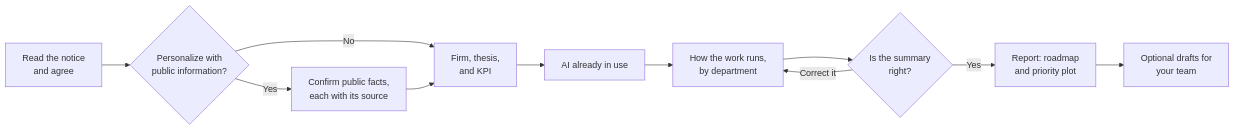
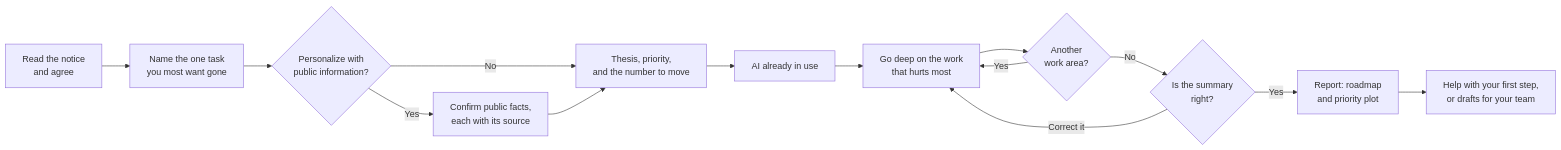
The first of 2 diagrams in README.md (nxtpartners/nxt-fund-blueprint), drawn with Mermaid before and after one commit. The commit also changed other lines of this file and 14 other files, not shown here.

First line of the commit message:
Redesign Fund Blueprint around how each firm runs, version 0.14.0

````diff
--- a/README.md
+++ b/README.md
@@ -17,13 +17,16 @@
 ```mermaid
 flowchart LR
-    A[Read the notice<br/>and agree] --> B{Personalize with<br/>public information?}
-    B -- Yes --> C[Confirm public facts,<br/>each with its source]
-    B -- No --> D[Firm, thesis,<br/>and KPI]
-    C --> D
-    D --> E[AI already in use]
-    E --> F[How the work runs,<br/>by department]
-    F --> G{Is the summary<br/>right?}
-    G -- Correct it --> F
-    G -- Yes --> H[Report: roadmap<br/>and priority plot]
-    H --> I[Optional drafts for<br/>your team]
+    A[Read the notice<br/>and agree] --> B[Name the one task<br/>you most want gone]
+    B --> C{Personalize with<br/>public information?}
+    C -- Yes --> D[Confirm public facts,<br/>each with its source]
+    C -- No --> E[Thesis, priority,<br/>and the number to move]
+    D --> E
+    E --> F[AI already in use]
+    F --> G[Go deep on the work<br/>that hurts most]
+    G --> H{Another<br/>work area?}
+    H -- Yes --> G
+    H -- No --> I{Is the summary<br/>right?}
+    I -- Correct it --> G
+    I -- Yes --> J[Report: roadmap<br/>and priority plot]
+    J --> K[Help with your first step,<br/>or drafts for your team]
 ```
````
